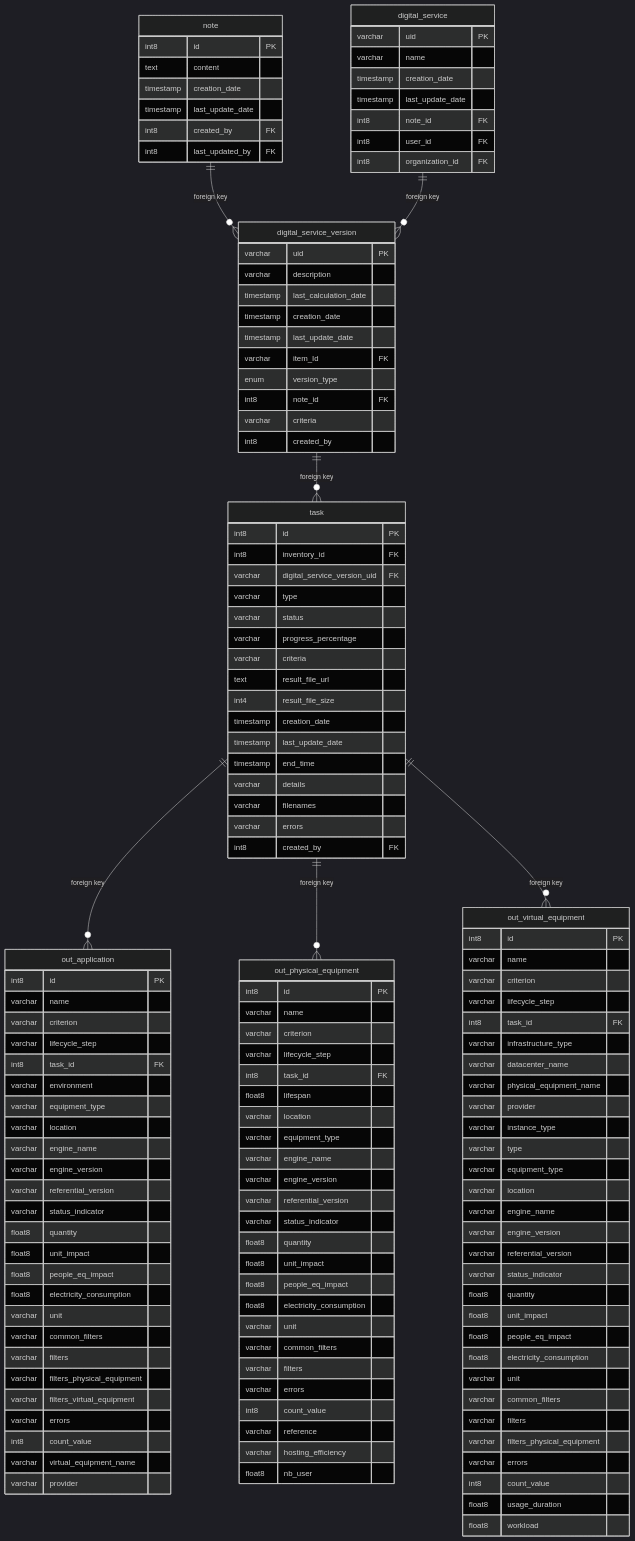
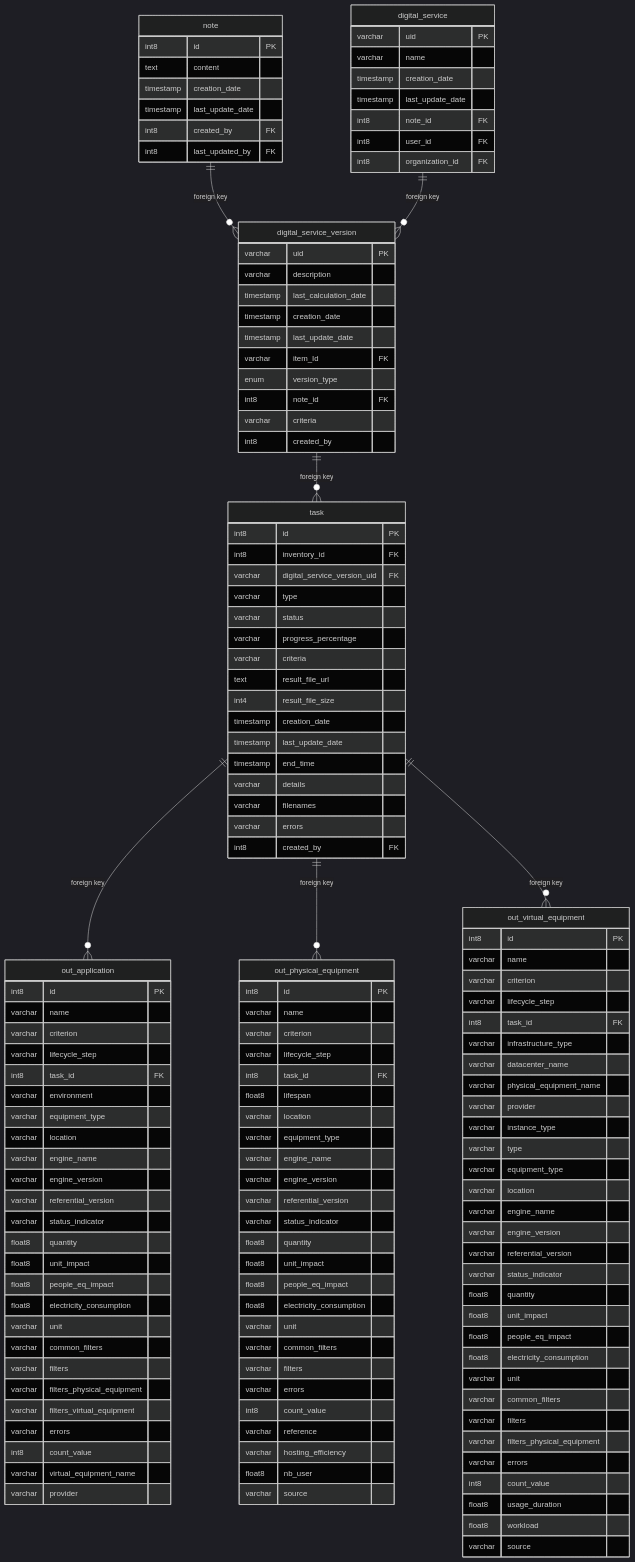
One commit to teamg4it/g4it changed the diagram in services/documentation/content/3-technical-documentation/4-backend_documentation/db_documentation/information_system_and_digital_service_output_data/digital_service_output_data/output.md. Above: the diagram before and after it, drawn with Mermaid (dark theme). The commit also changed other lines of this file and 13 other files, not shown here.

```diff
--- a/services/documentation/content/3-technical-documentation/4-backend_documentation/db_documentation/information_system_and_digital_service_output_data/digital_service_output_data/output.md
+++ b/services/documentation/content/3-technical-documentation/4-backend_documentation/db_documentation/information_system_and_digital_service_output_data/digital_service_output_data/output.md
@@ -106,7 +106,8 @@
       int8 count_value     
       varchar reference     
       varchar hosting_efficiency     
-      float8 nb_user   
+      float8 nb_user
+      varchar source   
   }
   out_virtual_equipment{     
       int8 id PK     
@@ -137,7 +138,8 @@
       varchar errors     
       int8 count_value     
       float8 usage_duration     
-      float8 workload   
+      float8 workload
+      varchar source   
   }
   note ||--o{ digital_service_version : "foreign key"
   digital_service ||--o{ digital_service_version : "foreign key"
```
